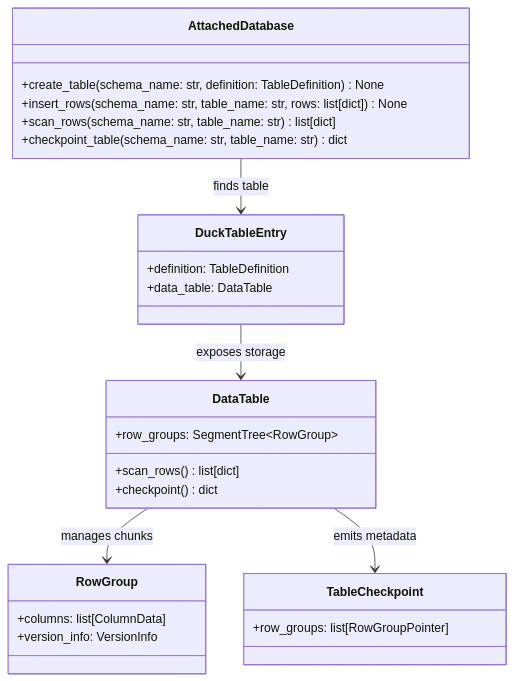
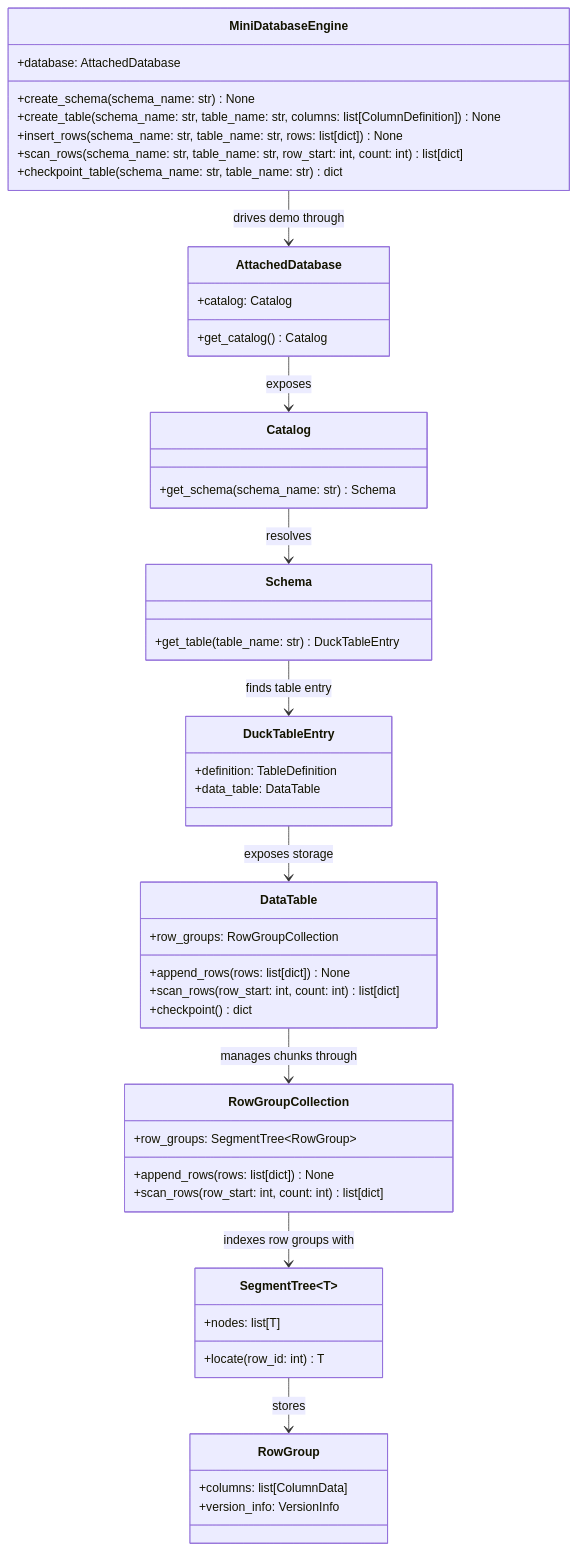
The tenth of 10 diagrams in docs/curriculum.md (ShikoteiCoding/columnar-database-storage), drawn with Mermaid before and after one commit. The commit also changed other lines of this file, not shown here.

````diff
--- a/docs/curriculum.md
+++ b/docs/curriculum.md
@@ -658,34 +721,61 @@
 ```mermaid
 classDiagram
+	class MiniDatabaseEngine {
+		+database: AttachedDatabase
+		+create_schema(schema_name: str) None
+		+create_table(schema_name: str, table_name: str, columns: list[ColumnDefinition]) None
+		+insert_rows(schema_name: str, table_name: str, rows: list[dict]) None
+		+scan_rows(schema_name: str, table_name: str, row_start: int, count: int) list[dict]
+		+checkpoint_table(schema_name: str, table_name: str) dict
+	}
+
 	class AttachedDatabase {
-		+create_table(schema_name: str, definition: TableDefinition) None
-		+insert_rows(schema_name: str, table_name: str, rows: list[dict]) None
-		+scan_rows(schema_name: str, table_name: str) list[dict]
-		+checkpoint_table(schema_name: str, table_name: str) dict
+		+catalog: Catalog
+		+get_catalog() Catalog
+	}
+
+	class Catalog {
+		+get_schema(schema_name: str) Schema
+	}
+
+	class Schema {
+		+get_table(table_name: str) DuckTableEntry
 	}
 
 	class DuckTableEntry {
 		+definition: TableDefinition
 		+data_table: DataTable
 	}
 
 	class DataTable {
+		+row_groups: RowGroupCollection
+		+append_rows(rows: list[dict]) None
+		+scan_rows(row_start: int, count: int) list[dict]
+		+checkpoint() dict
+	}
+
+	class RowGroupCollection {
 		+row_groups: SegmentTree~RowGroup~
-		+scan_rows() list[dict]
-		+checkpoint() dict
+		+append_rows(rows: list[dict]) None
+		+scan_rows(row_start: int, count: int) list[dict]
 	}
 
 	class RowGroup {
 		+columns: list[ColumnData]
 		+version_info: VersionInfo
 	}
 
-	class TableCheckpoint {
-		+row_groups: list[RowGroupPointer]
+	class SegmentTree~T~ {
+		+nodes: list[T]
+		+locate(row_id: int) T
 	}
 
-	AttachedDatabase --> DuckTableEntry : finds table
+	MiniDatabaseEngine --> AttachedDatabase : drives demo through
+	AttachedDatabase --> Catalog : exposes
+	Catalog --> Schema : resolves
+	Schema --> DuckTableEntry : finds table entry
 	DuckTableEntry --> DataTable : exposes storage
-	DataTable --> RowGroup : manages chunks
-	DataTable --> TableCheckpoint : emits metadata
+	DataTable --> RowGroupCollection : manages chunks through
+	RowGroupCollection --> SegmentTree~T~ : indexes row groups with
+	SegmentTree~T~ --> RowGroup : stores
 ```
````
